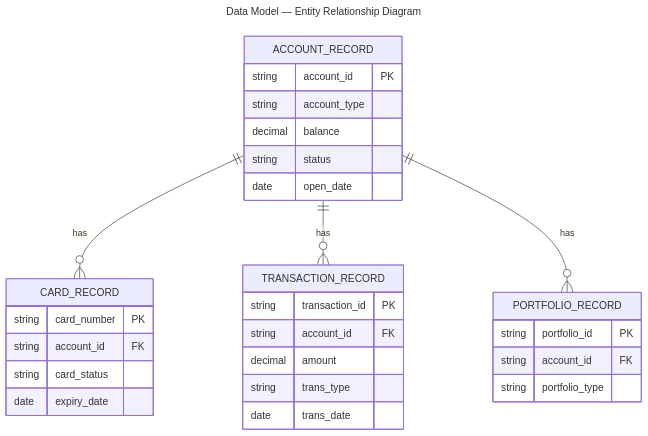
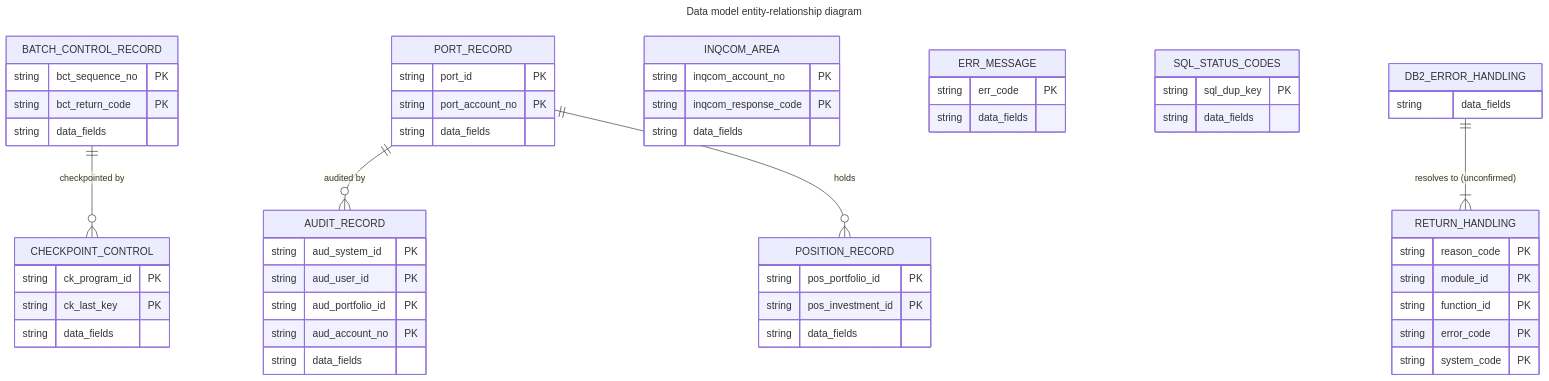
The second of 8 diagrams in output/final_report/brd.md (Udaradg/legacy-modernization-harness), drawn with Mermaid before and after one commit. The commit also changed other lines of this file and 202 other files, not shown here.

````diff
--- a/output/final_report/brd.md
+++ b/output/final_report/brd.md
@@ -213,41 +297,73 @@
 ```mermaid
 ---
-title: Data Model — Entity Relationship Diagram
+title: Data model entity-relationship diagram
 ---
 erDiagram
-  %% Generated by 6_diagram agent — component-mapper skill
-  %% Showing 62 entities with 4 relationships
+  %% Generated by 6_diagram agent -- component-mapper skill
+  %% Showing 20 entities
 
-  ACCOUNT_RECORD {
-    string account_id PK
-    string account_type
-    decimal balance
-    string status
-    date open_date
+  AUDIT_RECORD {
+    string  aud_system_id        PK
+    string  aud_user_id        PK
+    string  aud_portfolio_id        PK
+    string  aud_account_no        PK
+    string  data_fields
   }
 
-  CARD_RECORD {
-    string card_number PK
-    string account_id FK
-    string card_status
-    date expiry_date
+  BATCH_CONTROL_RECORD {
+    string  bct_sequence_no        PK
+    string  bct_return_code        PK
+    string  data_fields
   }
 
-  TRANSACTION_RECORD {
-    string transaction_id PK
-    string account_id FK
-    decimal amount
-    string trans_type
-    date trans_date
+  PORT_RECORD {
+    string  port_id        PK
+    string  port_account_no        PK
+    string  data_fields
   }
 
-  PORTFOLIO_RECORD {
-    string portfolio_id PK
-    string account_id FK
-    string portfolio_type
+  POSITION_RECORD {
+    string  pos_portfolio_id        PK
+    string  pos_investment_id        PK
+    string  data_fields
   }
 
-  ACCOUNT_RECORD ||--o{ CARD_RECORD : "has"
-  ACCOUNT_RECORD ||--o{ TRANSACTION_RECORD : "has"
-  ACCOUNT_RECORD ||--o{ PORTFOLIO_RECORD : "has"
+  INQCOM_AREA {
+    string  inqcom_account_no        PK
+    string  inqcom_response_code        PK
+    string  data_fields
+  }
+
+  ERR_MESSAGE {
+    string  err_code        PK
+    string  data_fields
+  }
+
+  SQL_STATUS_CODES {
+    string  sql_dup_key        PK
+    string  data_fields
+  }
+
+  RETURN_HANDLING {
+    string  reason_code        PK
+    string  module_id        PK
+    string  function_id        PK
+    string  error_code        PK
+    string  system_code        PK
+  }
+
+  DB2_ERROR_HANDLING {
+    string  data_fields
+  }
+
+  CHECKPOINT_CONTROL {
+    string  ck_program_id        PK
+    string  ck_last_key        PK
+    string  data_fields
+  }
+
+  PORT_RECORD ||--o{ AUDIT_RECORD : "audited by"
+  PORT_RECORD ||--o{ POSITION_RECORD : "holds"
+  BATCH_CONTROL_RECORD ||--o{ CHECKPOINT_CONTROL : "checkpointed by"
+  DB2_ERROR_HANDLING ||--|{ RETURN_HANDLING : "resolves to (unconfirmed)"
 ```
````
